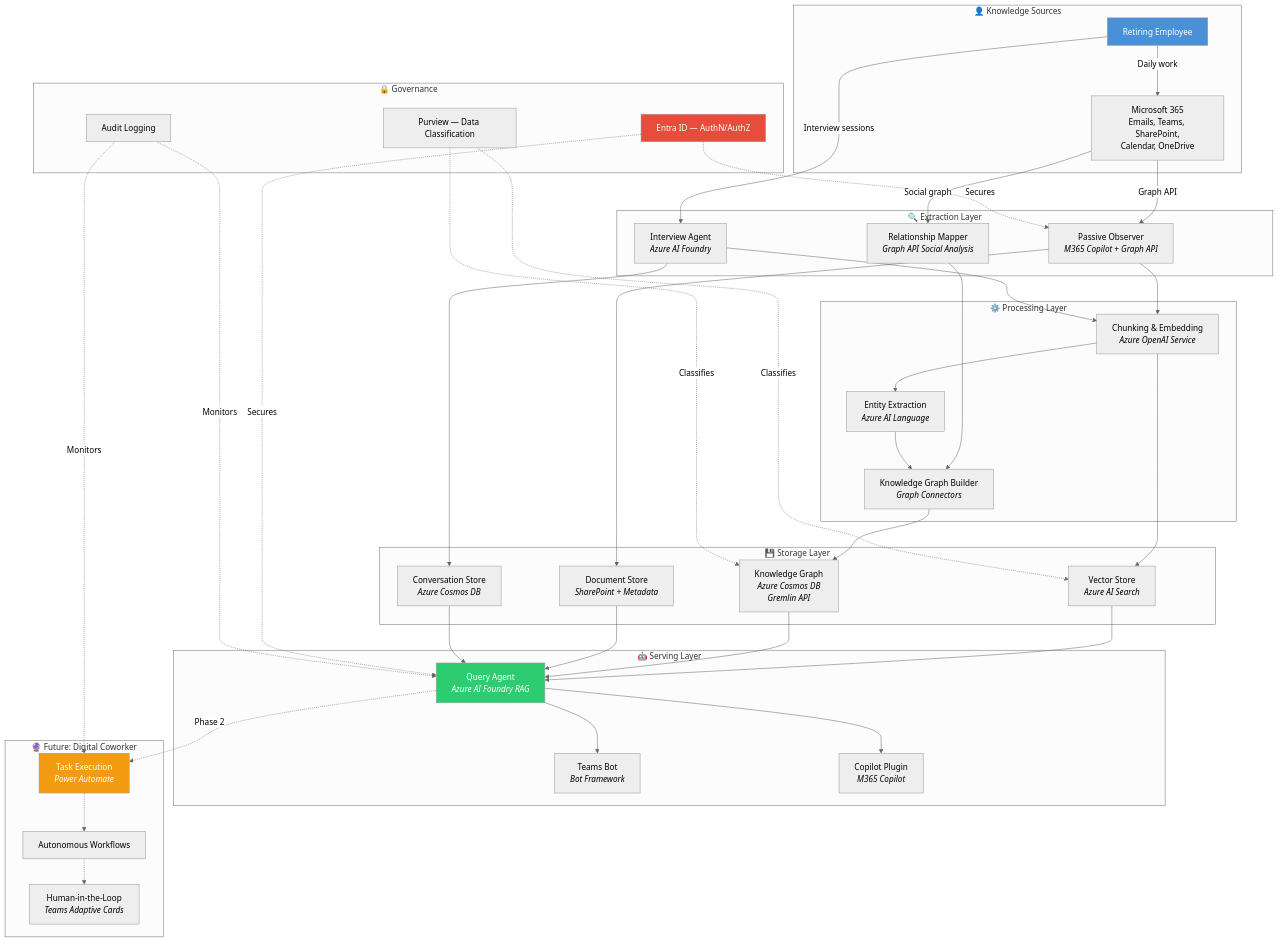
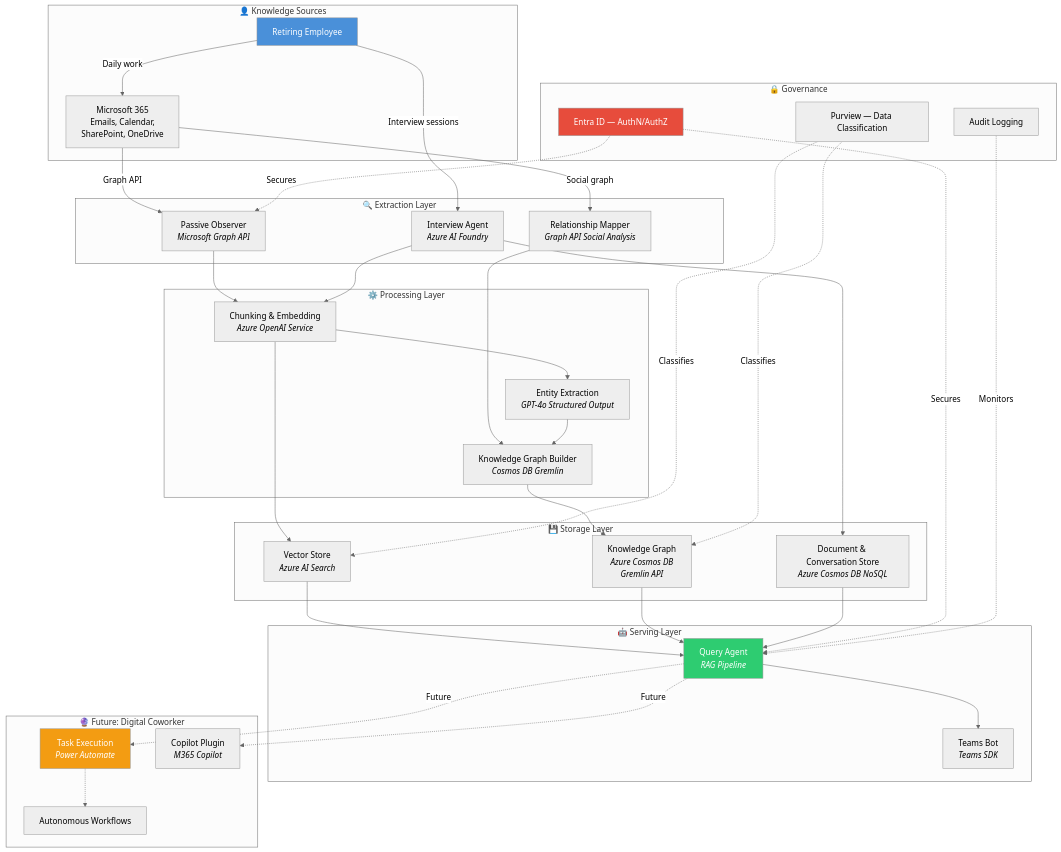
One commit to jnscnn/knowledge-transfer-agent changed the second of 2 diagrams in README.md. Above: the diagram before and after it, drawn with Mermaid (neutral theme). The commit also changed other lines of this file, not shown here.

```diff
--- a/README.md
+++ b/README.md
@@ -29,38 +95,36 @@
 graph TB
     subgraph "👤 Knowledge Sources"
         R[Retiring Employee]
-        M365[Microsoft 365<br/>Emails, Teams, SharePoint,<br/>Calendar, OneDrive]
+        M365[Microsoft 365<br/>Emails, Calendar,<br/>SharePoint, OneDrive]
     end
 
     subgraph "🔍 Extraction Layer"
-        PO[Passive Observer<br/><i>M365 Copilot + Graph API</i>]
+        PO[Passive Observer<br/><i>Microsoft Graph API</i>]
         IA[Interview Agent<br/><i>Azure AI Foundry</i>]
         RM[Relationship Mapper<br/><i>Graph API Social Analysis</i>]
     end
 
     subgraph "⚙️ Processing Layer"
         CE[Chunking & Embedding<br/><i>Azure OpenAI Service</i>]
-        EE[Entity Extraction<br/><i>Azure AI Language</i>]
-        KGB[Knowledge Graph Builder<br/><i>Graph Connectors</i>]
+        EE[Entity Extraction<br/><i>GPT-4o Structured Output</i>]
+        KGB[Knowledge Graph Builder<br/><i>Cosmos DB Gremlin</i>]
     end
 
     subgraph "💾 Storage Layer"
         VS[Vector Store<br/><i>Azure AI Search</i>]
         KG[Knowledge Graph<br/><i>Azure Cosmos DB<br/>Gremlin API</i>]
-        DS[Document Store<br/><i>SharePoint + Metadata</i>]
-        CS[Conversation Store<br/><i>Azure Cosmos DB</i>]
+        CS[Document & Conversation Store<br/><i>Azure Cosmos DB NoSQL</i>]
     end
 
     subgraph "🤖 Serving Layer"
-        QA[Query Agent<br/><i>Azure AI Foundry RAG</i>]
-        TB[Teams Bot<br/><i>Bot Framework</i>]
-        CP[Copilot Plugin<br/><i>M365 Copilot</i>]
+        QA[Query Agent<br/><i>RAG Pipeline</i>]
+        TB[Teams Bot<br/><i>Teams SDK</i>]
     end
 
     subgraph "🔮 Future: Digital Coworker"
         TE[Task Execution<br/><i>Power Automate</i>]
+        CP[Copilot Plugin<br/><i>M365 Copilot</i>]
         AW[Autonomous Workflows]
-        HL[Human-in-the-Loop<br/><i>Teams Adaptive Cards</i>]
     end
 
     subgraph "🔒 Governance"
@@ -82,26 +146,22 @@
 
     CE --> VS
     KGB --> KG
-    PO --> DS
     IA --> CS
 
     VS --> QA
     KG --> QA
-    DS --> QA
     CS --> QA
 
     QA --> TB
-    QA --> CP
-    QA -.->|Phase 2| TE
+    QA -.->|Future| TE
+    QA -.->|Future| CP
     TE -.-> AW
-    AW -.-> HL
 
     EID -.->|Secures| QA
     EID -.->|Secures| PO
     PV -.->|Classifies| VS
     PV -.->|Classifies| KG
     AL -.->|Monitors| QA
-    AL -.->|Monitors| TE
 
     style R fill:#4A90D9,color:#fff
     style QA fill:#2ECC71,color:#fff
```
